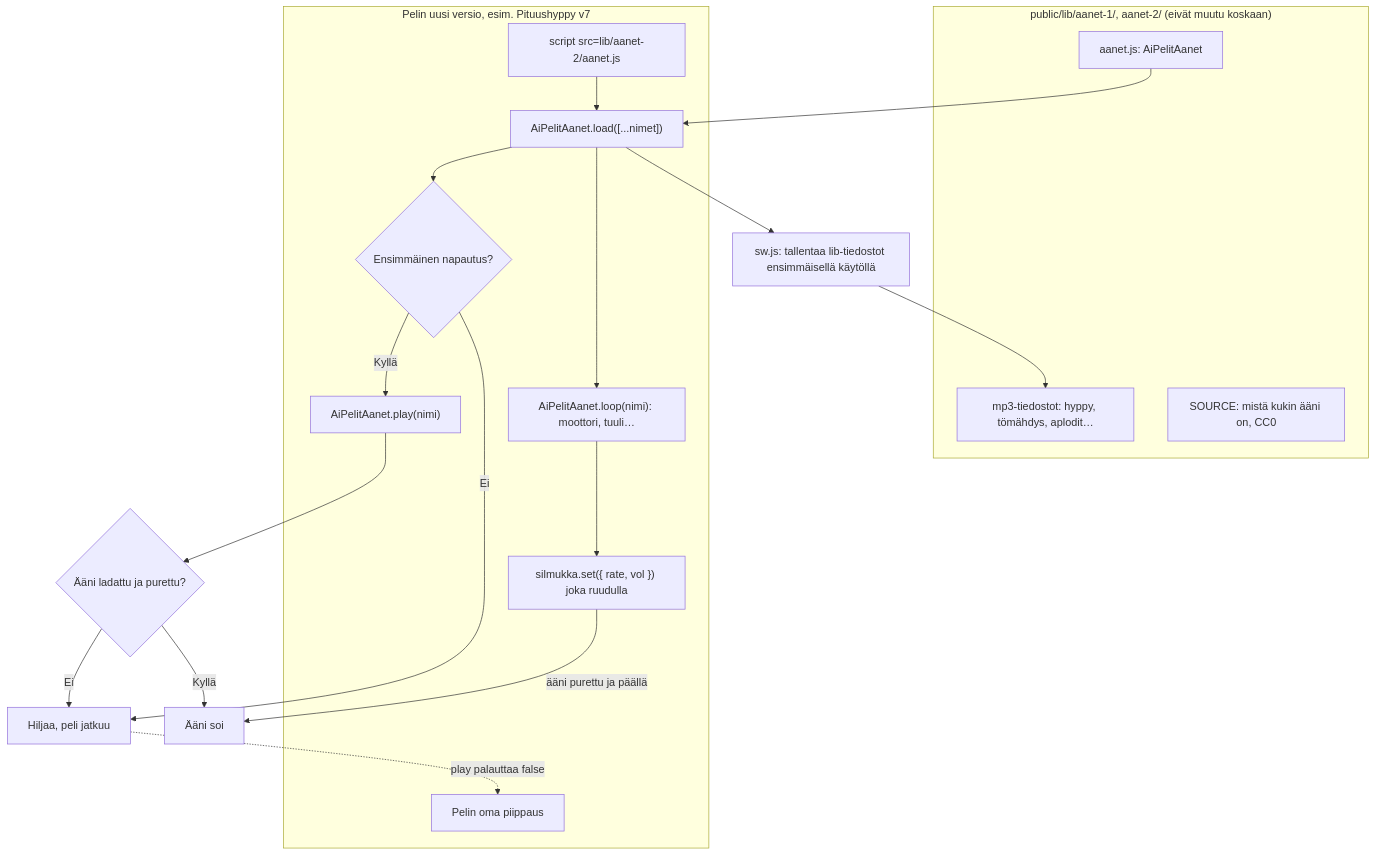
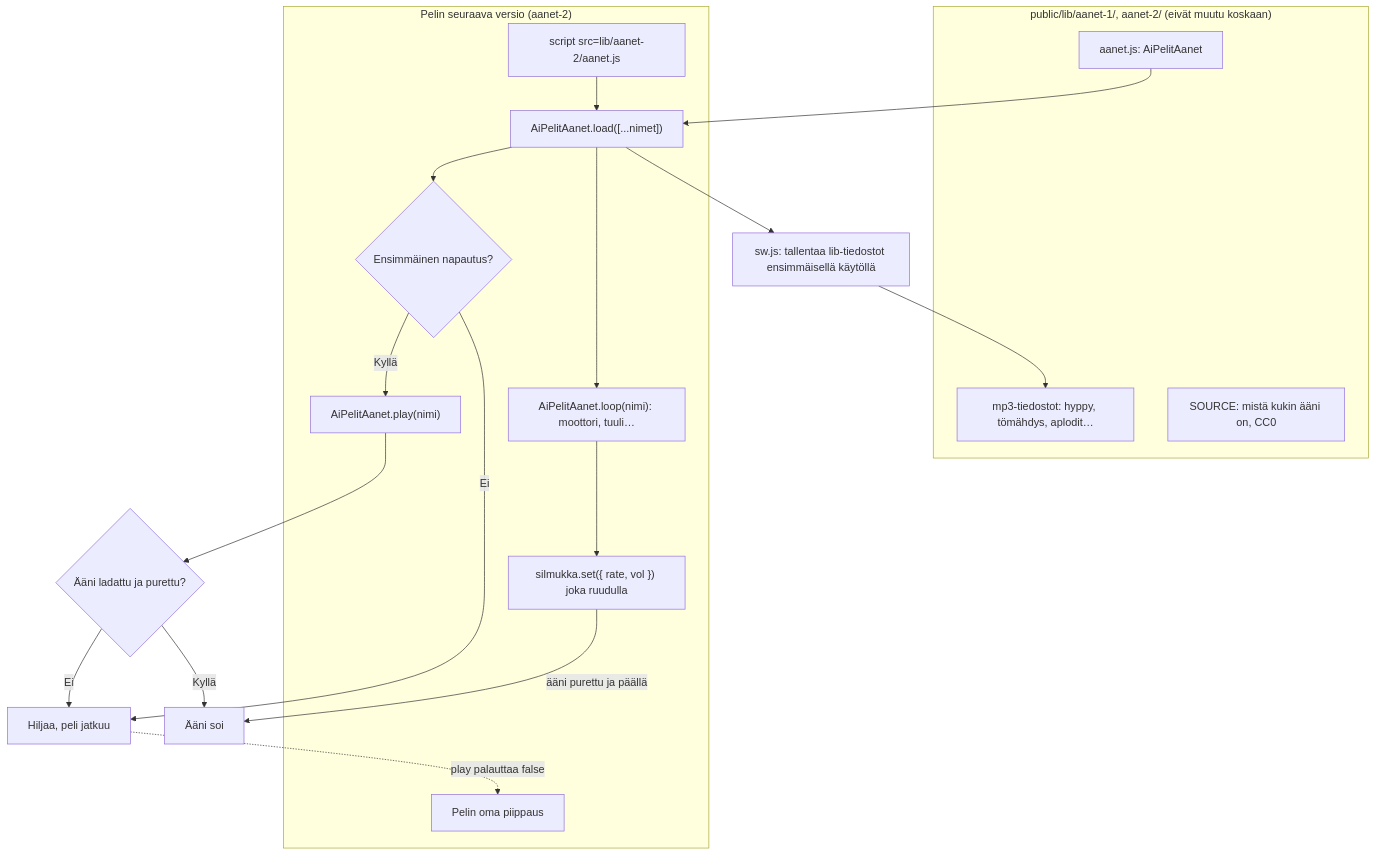
Before and after one commit to eerovil/ai-pelit: the diagram in docs/diagrams/aanikirjasto.md, drawn with Mermaid. The commit also changed other lines of this file and 1 other file, not shown here.

Commit message:
aanet-2 review: the diagram's game box is the next version, boing's source names its Ogg download (#205)

````diff
--- a/docs/diagrams/aanikirjasto.md
+++ b/docs/diagrams/aanikirjasto.md
@@ -7,36 +7,36 @@
 ```mermaid
 flowchart TD
   subgraph Kirjasto["public/lib/aanet-1/, aanet-2/ (eivät muutu koskaan)"]
     files["mp3-tiedostot: hyppy, tömähdys, aplodit…"]
     lista["SOURCE: mistä kukin ääni on, CC0"]
     js["aanet.js: AiPelitAanet"]
   end
-  subgraph Peli["Pelin uusi versio, esim. Pituushyppy v7"]
+  subgraph Peli["Pelin seuraava versio (aanet-2)"]
     tag["script src=lib/aanet-2/aanet.js"]
     load["AiPelitAanet.load([...nimet])"]
     tap{"Ensimmäinen napautus?"}
     play["AiPelitAanet.play(nimi)"]
     loop["AiPelitAanet.loop(nimi): moottori, tuuli…"]
     set["silmukka.set({ rate, vol }) joka ruudulla"]
     beep["Pelin oma piippaus"]
   end
   sw["sw.js: tallentaa lib-tiedostot ensimmäisellä käytöllä"]
   ok{"Ääni ladattu ja purettu?"}
   soi["Ääni soi"]
   hiljaa["Hiljaa, peli jatkuu"]
   tag --> load --> tap
   tap -- Kyllä --> play --> ok
   tap -- Ei --> hiljaa
   ok -- Kyllä --> soi
   ok -- Ei --> hiljaa
   load --> loop --> set
   set -- ääni purettu ja päällä --> soi
   hiljaa -. play palauttaa false .-> beep
   load --> sw --> files
   js --> load
   class files,lista,js teal
   class tag,load,play,loop,set blue
   class tap,ok amber
   class sw violet
   class soi,hiljaa,beep green
 ```
````
